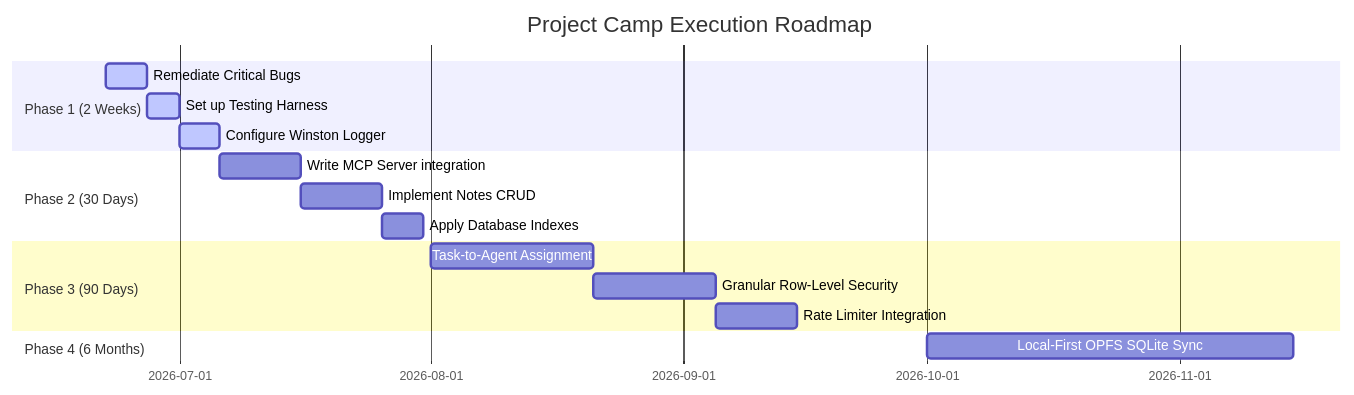
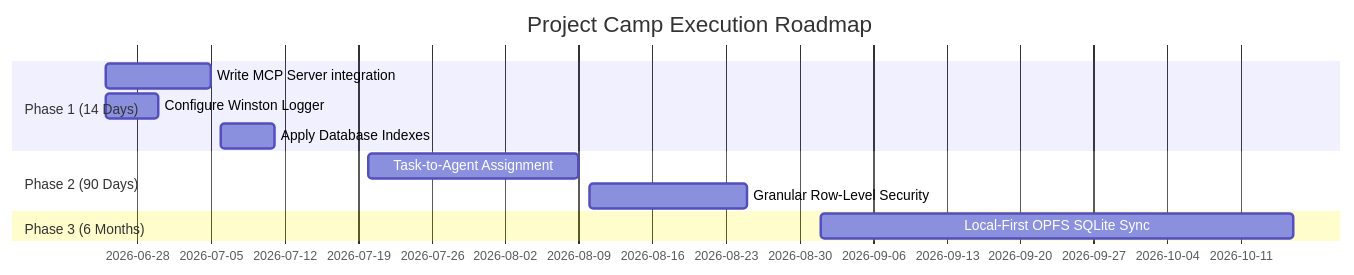
The diagram in docs/roadmap_and_execution_plan.md (ROHANBAIRAGI123/project-base), drawn with Mermaid before and after one commit. The commit also changed other lines of this file and 33 other files, not shown here.

Commit message:
feat(tests): add integration test template for authentication, projects, notes, and tasks

````diff
--- a/docs/roadmap_and_execution_plan.md
+++ b/docs/roadmap_and_execution_plan.md
@@ -112,19 +88,14 @@
 ```mermaid
 gantt
     title Project Camp Execution Roadmap
     dateFormat  YYYY-MM-DD
-    section Phase 1 (2 Weeks)
-    Remediate Critical Bugs      :active, 2026-06-22, 5d
-    Set up Testing Harness       :active, 2026-06-27, 4d
-    Configure Winston Logger     :active, 2026-07-01, 5d
-    section Phase 2 (30 Days)
-    Write MCP Server integration : 2026-07-06, 10d
-    Implement Notes CRUD         : 2026-07-16, 10d
-    Apply Database Indexes       : 2026-07-26, 5d
-    section Phase 3 (90 Days)
-    Task-to-Agent Assignment     : 2026-08-01, 20d
-    Granular Row-Level Security  : 2026-08-21, 15d
-    Rate Limiter Integration     : 2026-09-05, 10d
-    section Phase 4 (6 Months)
-    Local-First OPFS SQLite Sync : 2026-10-01, 45d
+    section Phase 1 (14 Days)
+    Write MCP Server integration : 2026-06-25, 10d
+    Configure Winston Logger     : 2026-06-25, 5d
+    Apply Database Indexes       : 2026-07-06, 5d
+    section Phase 2 (90 Days)
+    Task-to-Agent Assignment     : 2026-07-20, 20d
+    Granular Row-Level Security  : 2026-08-10, 15d
+    section Phase 3 (6 Months)
+    Local-First OPFS SQLite Sync : 2026-09-01, 45d
 ```
````
